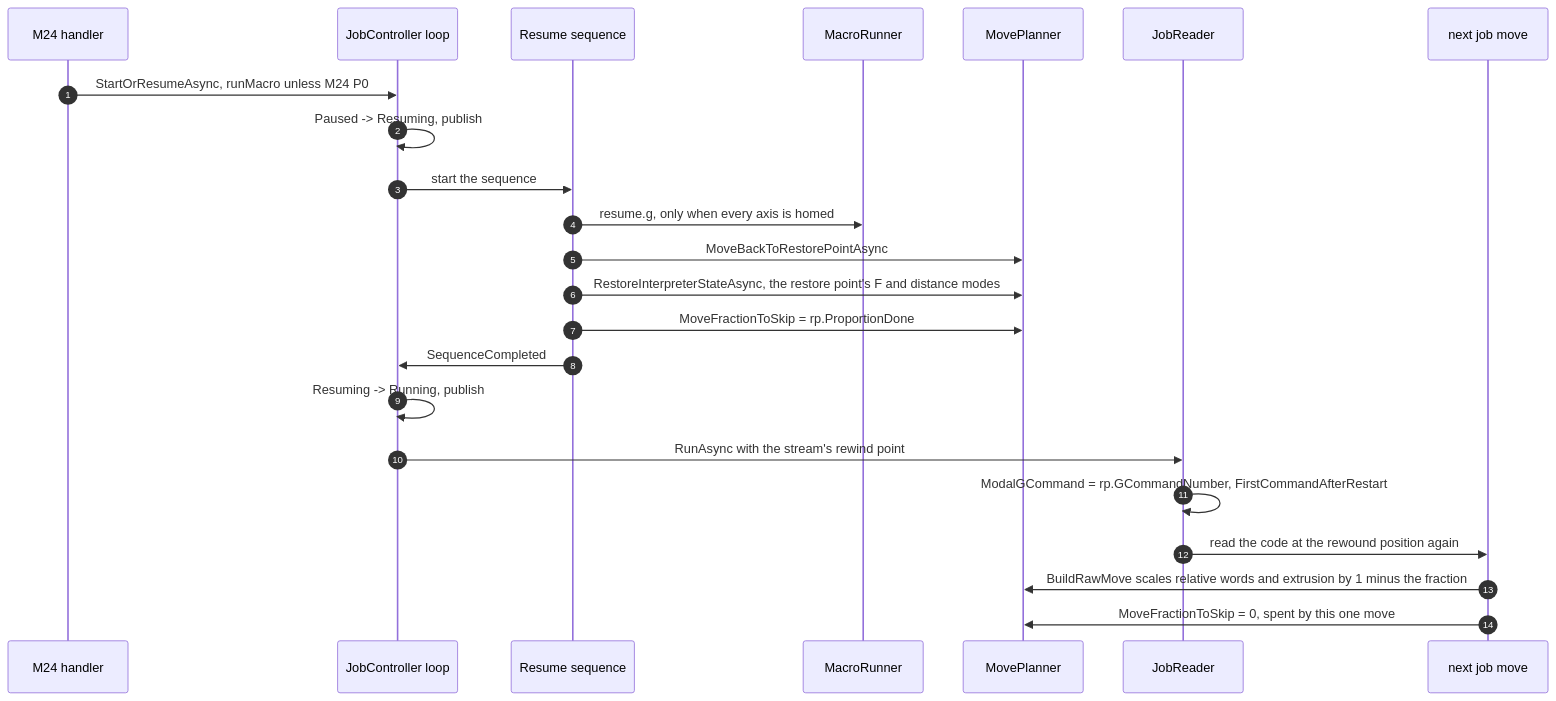
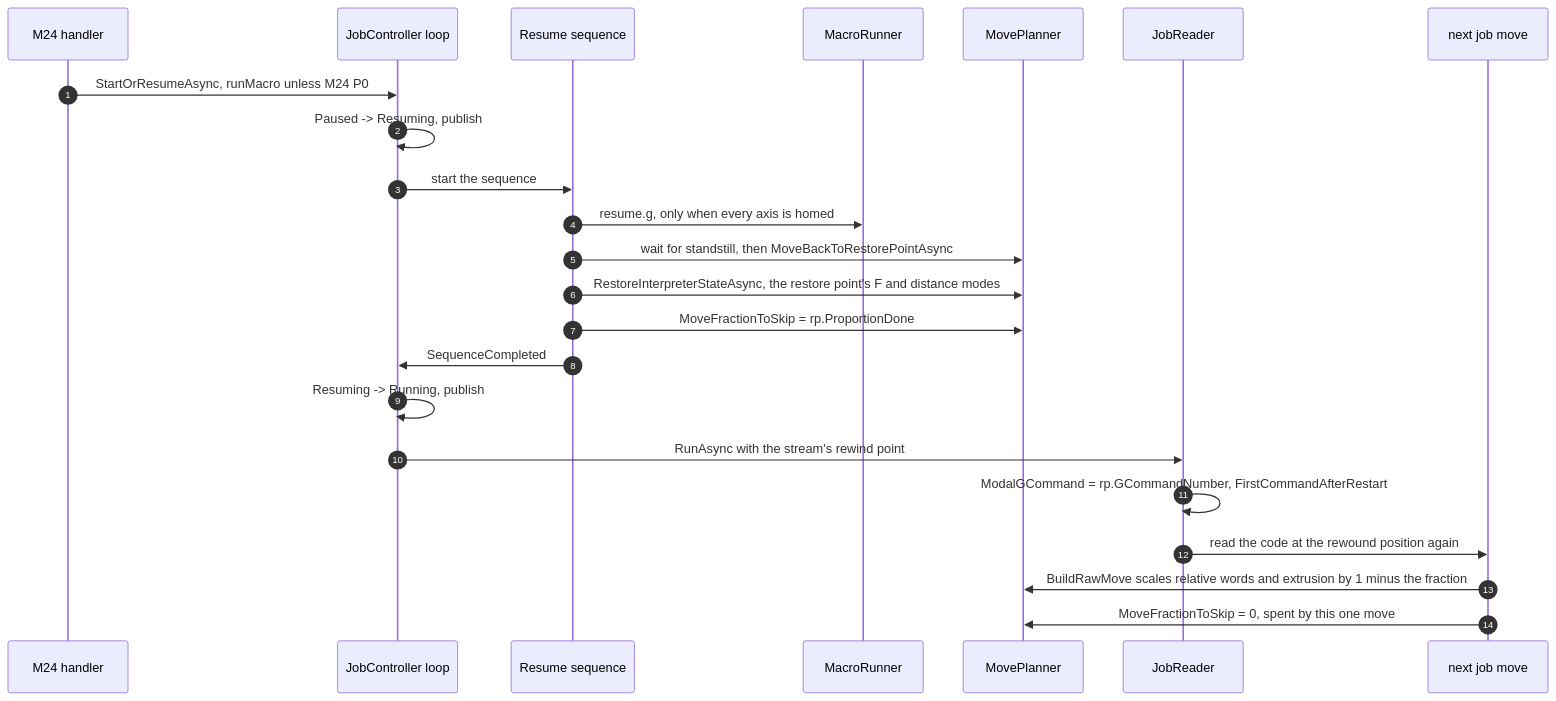
One commit to Duet3D/DuetSoftwareFramework changed the fourth of 5 diagrams in src/Documentation/articles/pause-and-resume.md. Above: the diagram before and after it, drawn with Mermaid. The commit also changed other lines of this file and 3 other files, not shown here.

````diff
--- a/src/Documentation/articles/pause-and-resume.md
+++ b/src/Documentation/articles/pause-and-resume.md
@@ -291,26 +292,26 @@
 ```mermaid
 sequenceDiagram
     autonumber
     participant M as M24 handler
     participant L as JobController loop
     participant R as Resume sequence
     participant MR as MacroRunner
     participant PL as MovePlanner
     participant J as JobReader
     participant S as next job move
 
     M->>L: StartOrResumeAsync, runMacro unless M24 P0
     L->>L: Paused -> Resuming, publish
     L->>R: start the sequence
     R->>MR: resume.g, only when every axis is homed
-    R->>PL: MoveBackToRestorePointAsync
+    R->>PL: wait for standstill, then MoveBackToRestorePointAsync
     R->>PL: RestoreInterpreterStateAsync, the restore point's F and distance modes
     R->>PL: MoveFractionToSkip = rp.ProportionDone
     R->>L: SequenceCompleted
     L->>L: Resuming -> Running, publish
     L->>J: RunAsync with the stream's rewind point
     J->>J: ModalGCommand = rp.GCommandNumber, FirstCommandAfterRestart
     J->>S: read the code at the rewound position again
     S->>PL: BuildRawMove scales relative words and extrusion by 1 minus the fraction
     S->>PL: MoveFractionToSkip = 0, spent by this one move
 ```
````
